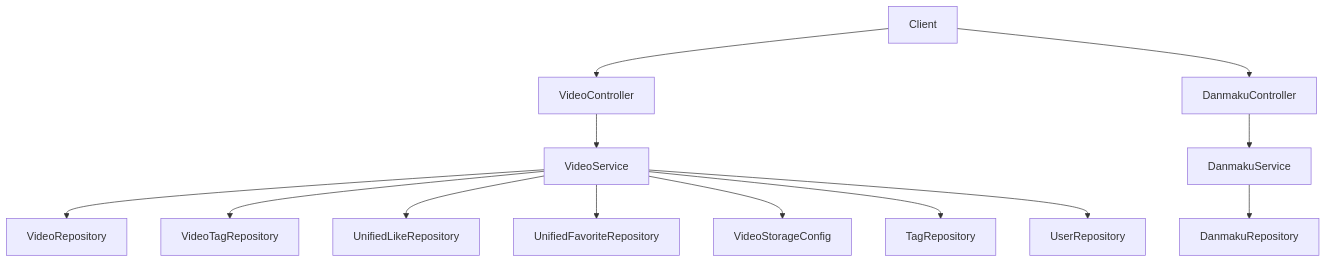
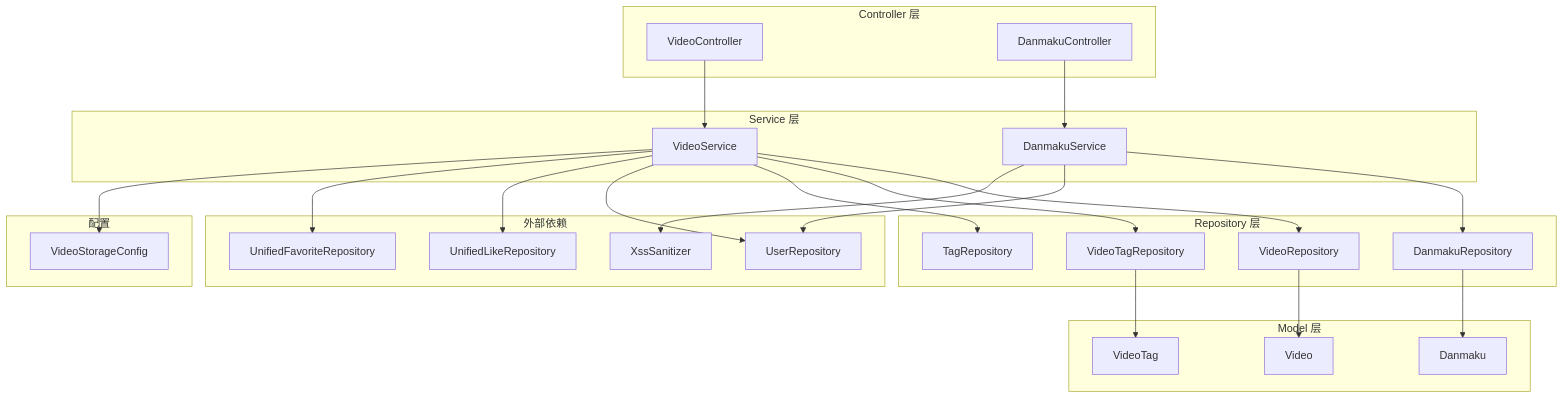
One commit to mambo-wang/CodingHub changed the first of 3 diagrams in repowiki/video.md. Above: the diagram before and after it, drawn with Mermaid. The commit also changed other lines of this file and 34 other files, not shown here.

````diff
--- a/repowiki/video.md
+++ b/repowiki/video.md
@@ -13,15 +32,52 @@
 ```mermaid
 graph TD
-    Client --> VideoC[VideoController]
-    Client --> DanmakuC[DanmakuController]
-    VideoC --> VideoSvc[VideoService]
-    DanmakuC --> DanmakuSvc[DanmakuService]
-    VideoSvc --> VideoRepo[VideoRepository]
-    VideoSvc --> VideoTagRepo[VideoTagRepository]
-    VideoSvc --> UnifiedLikeRepo[UnifiedLikeRepository]
-    VideoSvc --> UnifiedFavRepo[UnifiedFavoriteRepository]
-    VideoSvc --> VideoStorage[VideoStorageConfig]
-    VideoSvc --> TagRepo[TagRepository]
-    VideoSvc --> UserRepo[UserRepository]
-    DanmakuSvc --> DanmakuRepo[DanmakuRepository]
+    subgraph Controller["Controller 层"]
+        A1[VideoController]
+        A2[DanmakuController]
+    end
+
+    subgraph Service["Service 层"]
+        B1[VideoService]
+        B2[DanmakuService]
+    end
+
+    subgraph Repository["Repository 层"]
+        C1[VideoRepository]
+        C2[DanmakuRepository]
+        C3[VideoTagRepository]
+        C4[TagRepository]
+    end
+
+    subgraph Model["Model 层"]
+        D1[Video]
+        D2[Danmaku]
+        D3[VideoTag]
+    end
+
+    subgraph Config["配置"]
+        E1[VideoStorageConfig]
+    end
+
+    subgraph External["外部依赖"]
+        F1[UserRepository]
+        F2[UnifiedLikeRepository]
+        F3[UnifiedFavoriteRepository]
+        F4[XssSanitizer]
+    end
+
+    A1 --> B1
+    A2 --> B2
+    B1 --> C1
+    B1 --> C3
+    B1 --> C4
+    B1 --> F1
+    B1 --> F2
+    B1 --> F3
+    B1 --> E1
+    B2 --> C2
+    B2 --> F1
+    B2 --> F4
+    C1 --> D1
+    C2 --> D2
+    C3 --> D3
 ```
````
